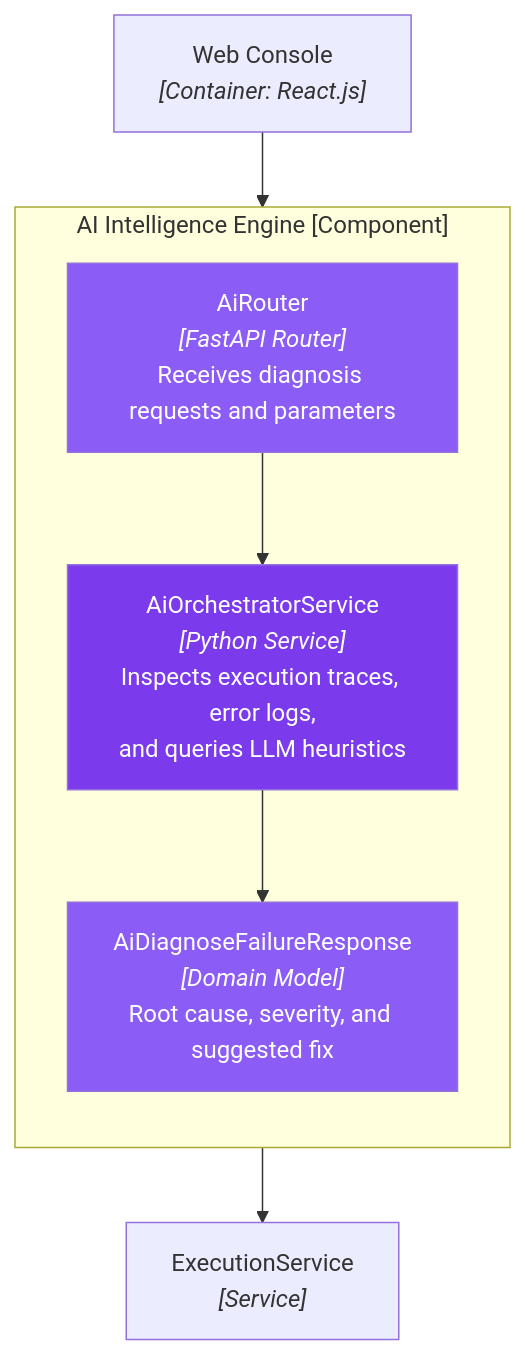
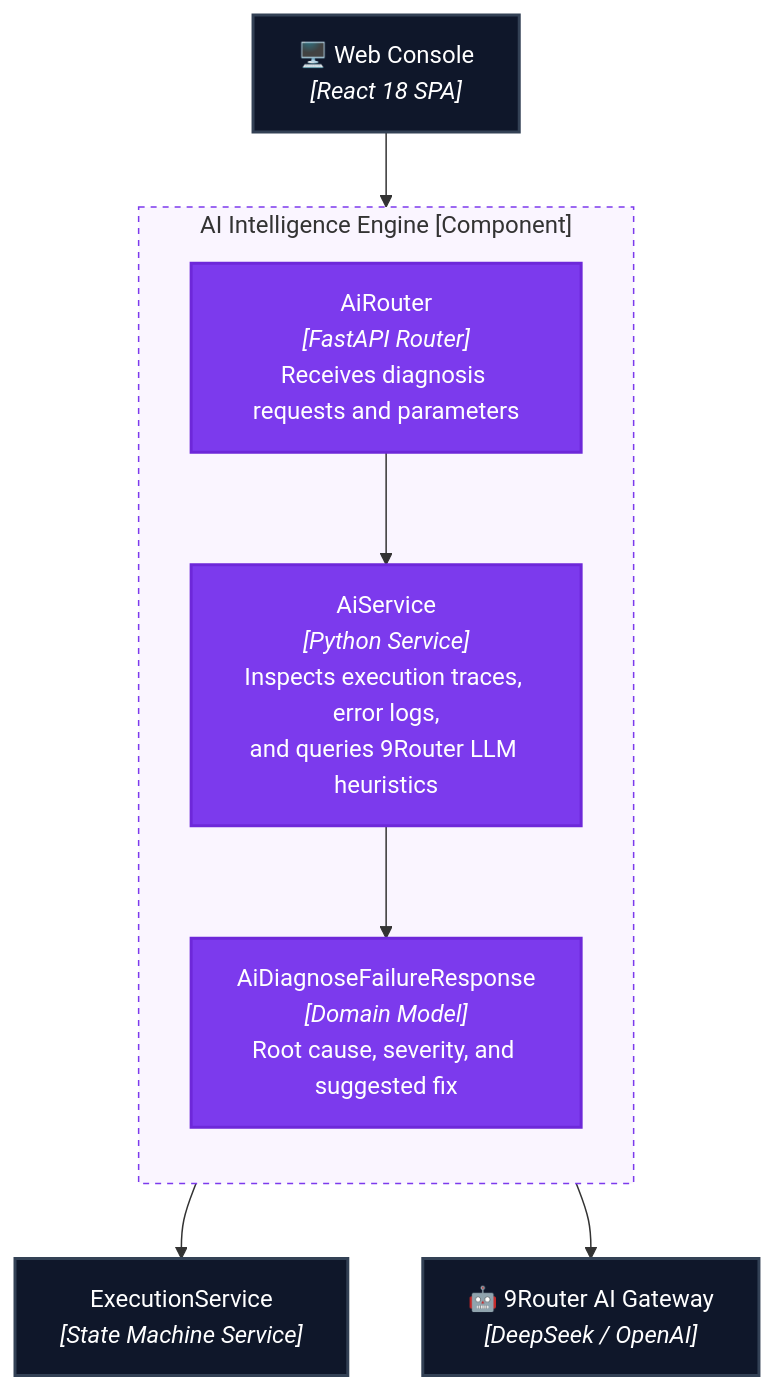
The seventh of 11 diagrams in README.md (AnCoder1310/FlowForge), drawn with Mermaid before and after one commit. The commit also changed other lines of this file and 88 other files, not shown here.

````diff
--- a/README.md
+++ b/README.md
@@ -488,22 +641,26 @@
 ```mermaid
 flowchart TB
-    subgraph ai["AI Intelligence Engine [Component]"]
+    subgraph aiEngine["AI Intelligence Engine [Component]"]
         direction TB
         aiRouter["AiRouter<br/><i>[FastAPI Router]</i><br/>Receives diagnosis requests and parameters"]
-        aiService["AiOrchestratorService<br/><i>[Python Service]</i><br/>Inspects execution traces, error logs,<br/>and queries LLM heuristics"]
+        aiService["AiService<br/><i>[Python Service]</i><br/>Inspects execution traces, error logs,<br/>and queries 9Router LLM heuristics"]
         diagModel["AiDiagnoseFailureResponse<br/><i>[Domain Model]</i><br/>Root cause, severity, and suggested fix"]
 
         aiRouter --> aiService
         aiService --> diagModel
     end
 
-    web["Web Console<br/><i>[Container: React.js]</i>"]
-    execService["ExecutionService<br/><i>[Service]</i>"]
+    web["🖥️ Web Console<br/><i>[React 18 SPA]</i>"]
+    execService["ExecutionService<br/><i>[State Machine Service]</i>"]
+    llm["🤖 9Router AI Gateway<br/><i>[DeepSeek / OpenAI]</i>"]
 
     web --> aiRouter
     aiService --> execService
+    aiService --> llm
 
-    style aiRouter fill:#8b5cf6,color:#fff
-    style aiService fill:#7c3aed,color:#fff
-    style diagModel fill:#8b5cf6,color:#fff
+    classDef aiComp fill:#7c3aed,color:#fff,stroke:#6d28d9,stroke-width:2px;
+    classDef extBox fill:#0f172a,color:#fff,stroke:#334155,stroke-width:2px;
+    class aiRouter,aiService,diagModel aiComp
+    class web,execService,llm extBox
+    style aiEngine fill:#faf5ff,stroke:#7c3aed,stroke-dasharray:4 4
 ```
````
